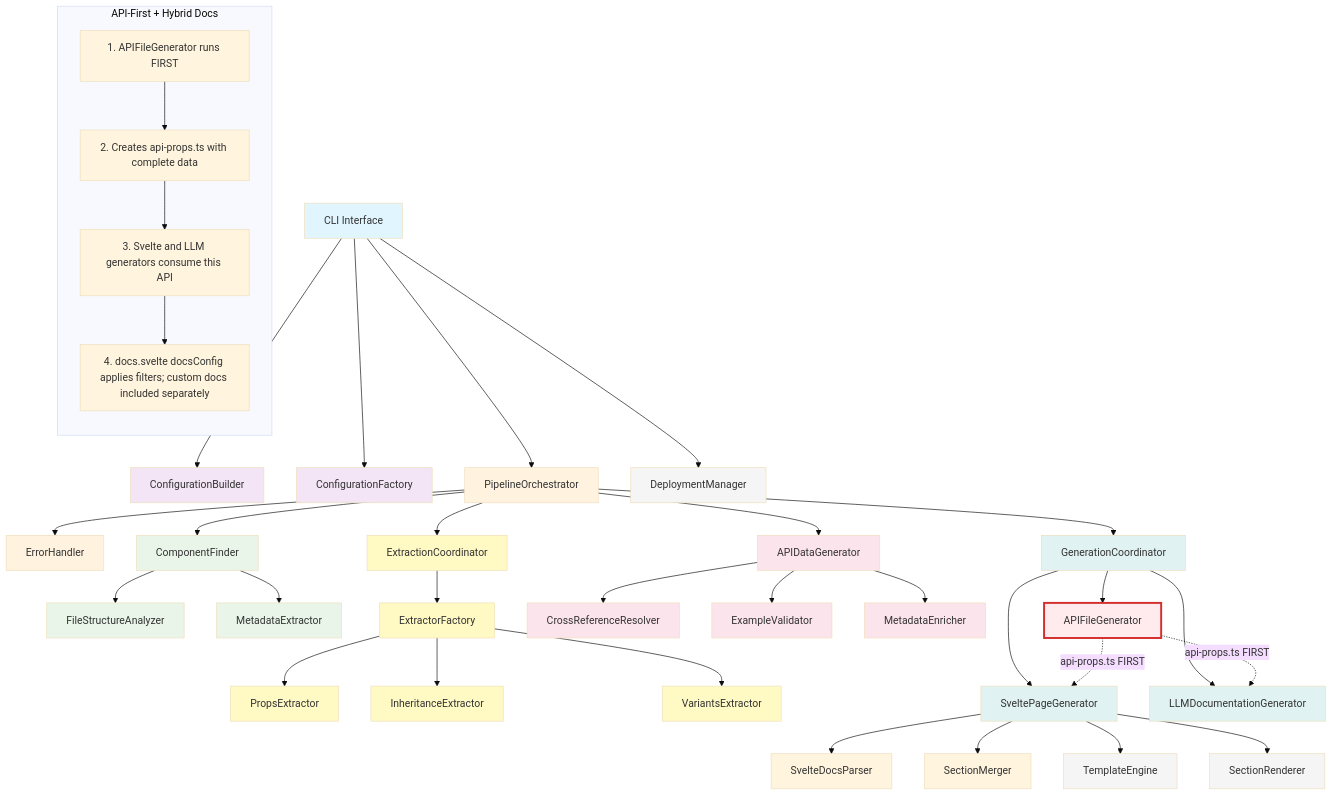
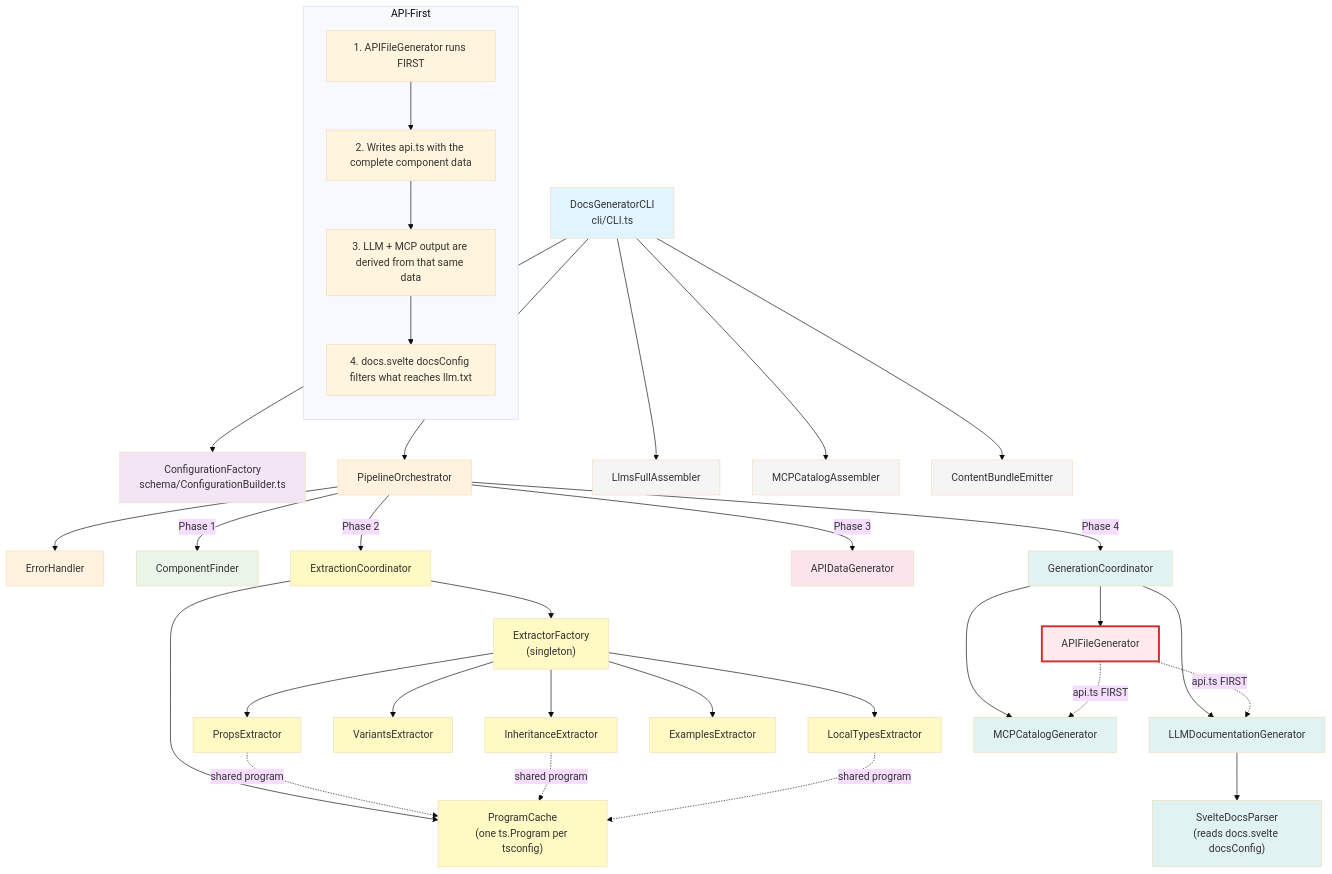
Before and after one commit to urbicon/ui: the diagram in packages/docs-gen/docs/docs-gen-overview.mermaid, drawn with Mermaid (base theme). The commit also changed 1 other file, not shown here.

```diff
--- a/packages/docs-gen/docs/docs-gen-overview.mermaid
+++ b/packages/docs-gen/docs/docs-gen-overview.mermaid
@@ -1,101 +1,99 @@
+%% docs-gen architecture overview — the four pipeline phases and what the CLI
+%% does around them. Verified against the sources on 2026-07-27; the previous
+%% version still drew SveltePageGenerator, SectionMerger, TemplateEngine,
+%% SectionRenderer, DeploymentManager, CrossReferenceResolver, ExampleValidator,
+%% MetadataEnricher, FileStructureAnalyzer and MetadataExtractor, none of which
+%% exist any more.
 graph TB
 %% CLI Layer
-    CLI[CLI Interface]
-%% Configuration Layer
-    ConfigBuilder[ConfigurationBuilder]
-    ConfigFactory[ConfigurationFactory]
+    CLI["DocsGeneratorCLI<br/>cli/CLI.ts"]
+%% Configuration
+    ConfigFactory["ConfigurationFactory<br/>schema/ConfigurationBuilder.ts"]
 %% Main Pipeline
     Pipeline[PipelineOrchestrator]
     ErrorHandler[ErrorHandler]
-%% Discovery Phase
+%% Phase 1 — Discovery
     ComponentFinder[ComponentFinder]
-    FileAnalyzer[FileStructureAnalyzer]
-    MetadataExtractor[MetadataExtractor]
-%% Extraction Phase
+%% Phase 2 — Extraction
     ExtractionCoord[ExtractionCoordinator]
-    ExtractorFactory[ExtractorFactory]
+    ExtractorFactory["ExtractorFactory<br/>(singleton)"]
+    ProgramCache["ProgramCache<br/>(one ts.Program per tsconfig)"]
     PropsExtractor[PropsExtractor]
     InheritanceExtractor[InheritanceExtractor]
     VariantsExtractor[VariantsExtractor]
-    %% Legacy DocumentationLoader removed
-%% Enrichment Phase
+    LocalTypesExtractor[LocalTypesExtractor]
+    ExamplesExtractor[ExamplesExtractor]
+%% Phase 3 — Enrichment
     APIDataGen[APIDataGenerator]
-    CrossRefResolver[CrossReferenceResolver]
-    ExampleValidator[ExampleValidator]
-    MetadataEnricher[MetadataEnricher]
-%% Generation Phase
+%% Phase 4 — Generation
     GenerationCoord[GenerationCoordinator]
     APIFileGen[APIFileGenerator]
-    SveltePageGen[SveltePageGenerator]
     LLMDocGen[LLMDocumentationGenerator]
-%% Svelte Docs Hybrid
-    SvelteDocsParser[SvelteDocsParser]
-    SectionMerger[SectionMerger]
-%% Support Components
-    TemplateEngine[TemplateEngine]
-    SectionRenderer[SectionRenderer]
-    DeploymentMgr[DeploymentManager]
-%% Flow connections
-    CLI --> ConfigBuilder
+    MCPCatalogGen[MCPCatalogGenerator]
+    SvelteDocsParser["SvelteDocsParser<br/>(reads docs.svelte docsConfig)"]
+%% Post-run assembly, driven by the CLI across all packages
+    LlmsFull[LlmsFullAssembler]
+    MCPAssembler[MCPCatalogAssembler]
+    ContentBundle[ContentBundleEmitter]
+%% CLI wiring
     CLI --> ConfigFactory
     CLI --> Pipeline
-    Pipeline --> ComponentFinder
-    Pipeline --> ExtractionCoord
-    Pipeline --> APIDataGen
-    Pipeline --> GenerationCoord
+    CLI --> LlmsFull
+    CLI --> MCPAssembler
+    CLI --> ContentBundle
+%% Pipeline phases, in order
     Pipeline --> ErrorHandler
-%% Discovery Phase
-    ComponentFinder --> FileAnalyzer
-    ComponentFinder --> MetadataExtractor
-%% Extraction Phase
+    Pipeline -->|Phase 1| ComponentFinder
+    Pipeline -->|Phase 2| ExtractionCoord
+    Pipeline -->|Phase 3| APIDataGen
+    Pipeline -->|Phase 4| GenerationCoord
+%% Extraction
     ExtractionCoord --> ExtractorFactory
+    ExtractionCoord --> ProgramCache
     ExtractorFactory --> PropsExtractor
     ExtractorFactory --> InheritanceExtractor
     ExtractorFactory --> VariantsExtractor
-%% Enrichment Phase
-    APIDataGen --> CrossRefResolver
-    APIDataGen --> ExampleValidator
-    APIDataGen --> MetadataEnricher
-%% Generation Phase
+    ExtractorFactory --> LocalTypesExtractor
+    ExtractorFactory --> ExamplesExtractor
+    PropsExtractor -.->|shared program| ProgramCache
+    InheritanceExtractor -.->|shared program| ProgramCache
+    LocalTypesExtractor -.->|shared program| ProgramCache
+%% Generation
     GenerationCoord --> APIFileGen
-    GenerationCoord --> SveltePageGen
     GenerationCoord --> LLMDocGen
-    SveltePageGen --> SvelteDocsParser
-    SveltePageGen --> SectionMerger
-    SveltePageGen --> TemplateEngine
-    SveltePageGen --> SectionRenderer
-    CLI --> DeploymentMgr
-%% API-First Architecture Highlight
-    APIFileGen -.->|api-props.ts FIRST| SveltePageGen
-    APIFileGen -.->|api-props.ts FIRST| LLMDocGen
+    GenerationCoord --> MCPCatalogGen
+    LLMDocGen --> SvelteDocsParser
+%% API-First
+    APIFileGen -.->|api.ts FIRST| LLMDocGen
+    APIFileGen -.->|api.ts FIRST| MCPCatalogGen
 %% Key Architecture Decision Box
-    subgraph "API-First + Hybrid Docs"
+    subgraph "API-First"
         direction TB
         Note1["1. APIFileGenerator runs FIRST"]
-        Note2["2. Creates api-props.ts with complete data"]
-        Note3["3. Svelte and LLM generators consume this API"]
-        Note4["4. docs.svelte docsConfig applies filters; custom docs included separately"]
+        Note2["2. Writes api.ts with the complete component data"]
+        Note3["3. LLM + MCP output are derived from that same data"]
+        Note4["4. docs.svelte docsConfig filters what reaches llm.txt"]
         Note1 --> Note2
         Note2 --> Note3
         Note3 --> Note4
     end
 
 %% Styling
     classDef cli fill: #e1f5fe
     classDef config fill: #f3e5f5
     classDef pipeline fill: #fff3e0
     classDef discovery fill: #e8f5e8
     classDef extraction fill: #fff9c4
     classDef enrichment fill: #fce4ec
     classDef generation fill: #e0f2f1
     classDef support fill: #f5f5f5
     classDef apifirst fill:#ffebee,stroke:#d32f2f,stroke-width:3px
 class CLI cli
-class ConfigBuilder,ConfigFactory config
+class ConfigFactory config
 class Pipeline,ErrorHandler pipeline
-class ComponentFinder,FileAnalyzer,MetadataExtractor discovery
-class ExtractionCoord,ExtractorFactory,PropsExtractor,InheritanceExtractor,VariantsExtractor extraction
-class APIDataGen,CrossRefResolver,ExampleValidator,MetadataEnricher enrichment
-class GenerationCoord,APIFileGen,SveltePageGen,LLMDocGen generation
-class TemplateEngine,SectionRenderer,DeploymentMgr support
+class ComponentFinder discovery
+class ExtractionCoord,ExtractorFactory,ProgramCache,PropsExtractor,InheritanceExtractor,VariantsExtractor,LocalTypesExtractor,ExamplesExtractor extraction
+class APIDataGen enrichment
+class GenerationCoord,APIFileGen,LLMDocGen,MCPCatalogGen,SvelteDocsParser generation
+class LlmsFull,MCPAssembler,ContentBundle support
 class APIFileGen apifirst
```
